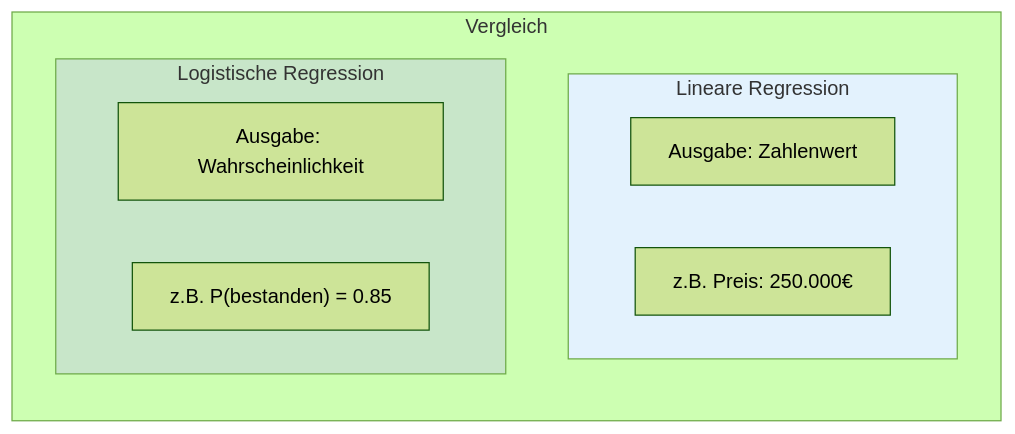
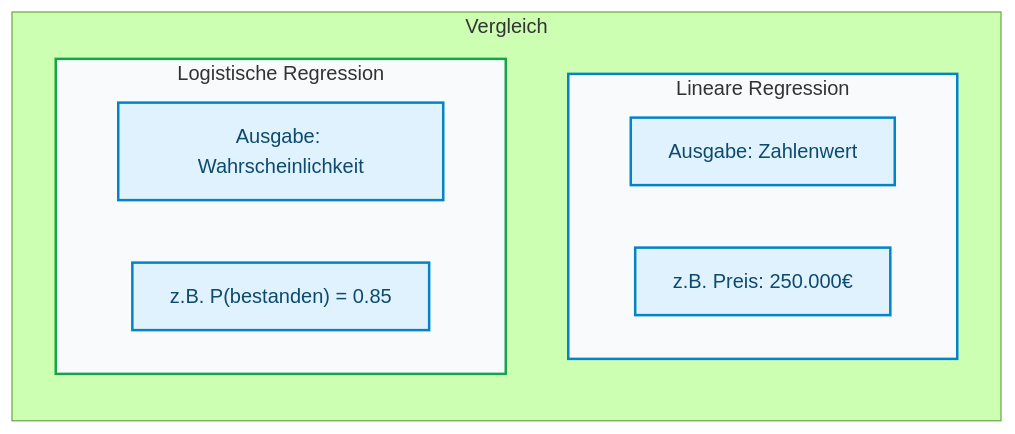
One commit to ralf-42/ML_Intro changed the fifth of 9 diagrams in docs/concepts/modeling/regression.md. Above: the diagram before and after it, drawn with Mermaid (forest theme). The commit also changed other lines of this file and 67 other files, not shown here.

````diff
--- a/docs/concepts/modeling/regression.md
+++ b/docs/concepts/modeling/regression.md
@@ -279,19 +280,20 @@
 ```mermaid
 flowchart LR
     subgraph comparison["Vergleich"]
         direction TB
         
         subgraph linear["Lineare Regression"]
             L1["Ausgabe: Zahlenwert"]
             L2["z.B. Preis: 250.000€"]
         end
         
         subgraph logistic["Logistische Regression"]
             LO1["Ausgabe: Wahrscheinlichkeit"]
             LO2["z.B. P(bestanden) = 0.85"]
         end
     end
-    
-    style linear fill:#e3f2fd
-    style logistic fill:#c8e6c9
+
+    classDef default fill:#e0f2fe,stroke:#0284c7,stroke-width:2px,color:#0c4a6e;
+    style linear fill:#f8fafc,stroke:#0284c7,stroke-width:2px
+    style logistic fill:#f8fafc,stroke:#16a34a,stroke-width:2px
 ```
````
